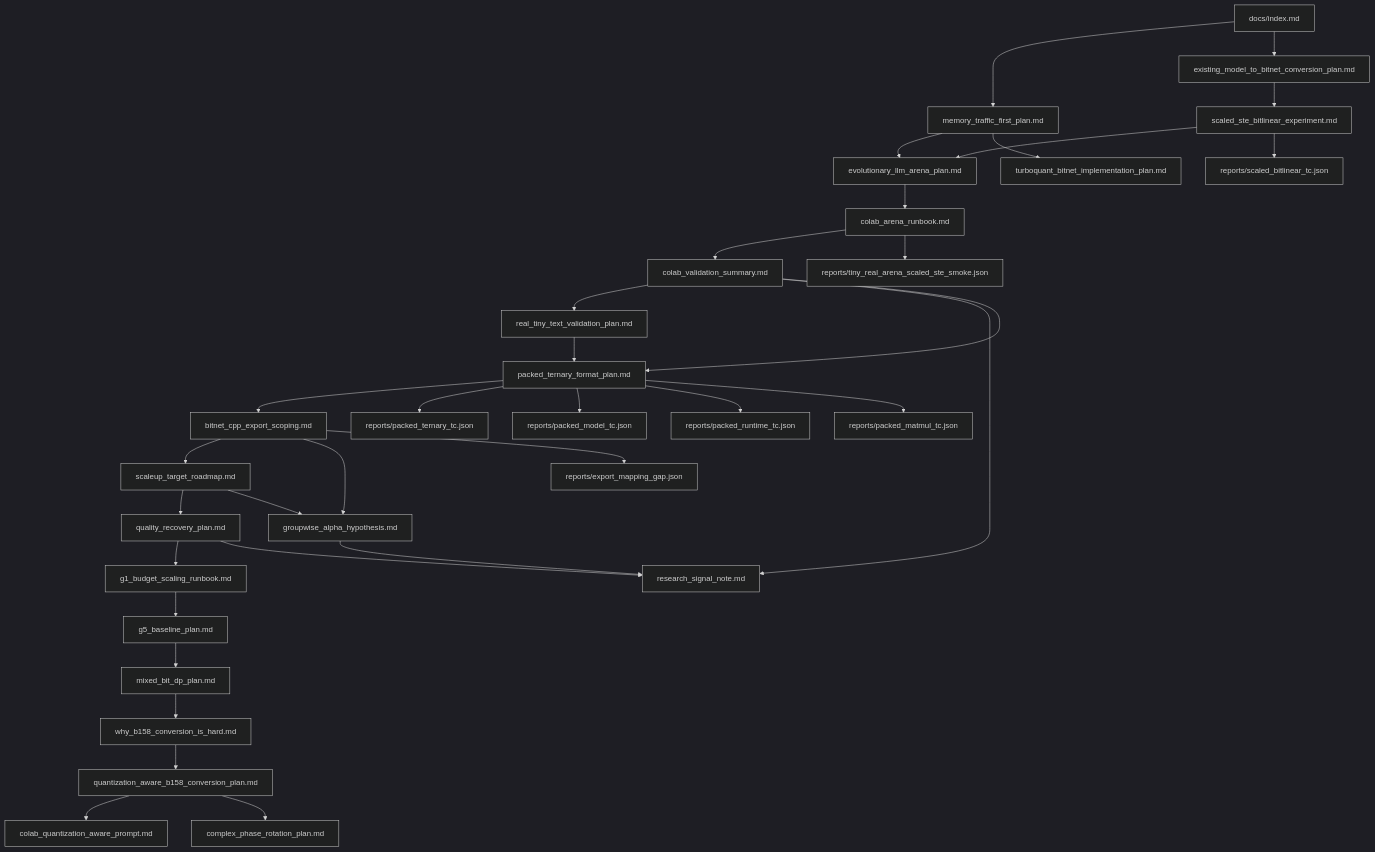
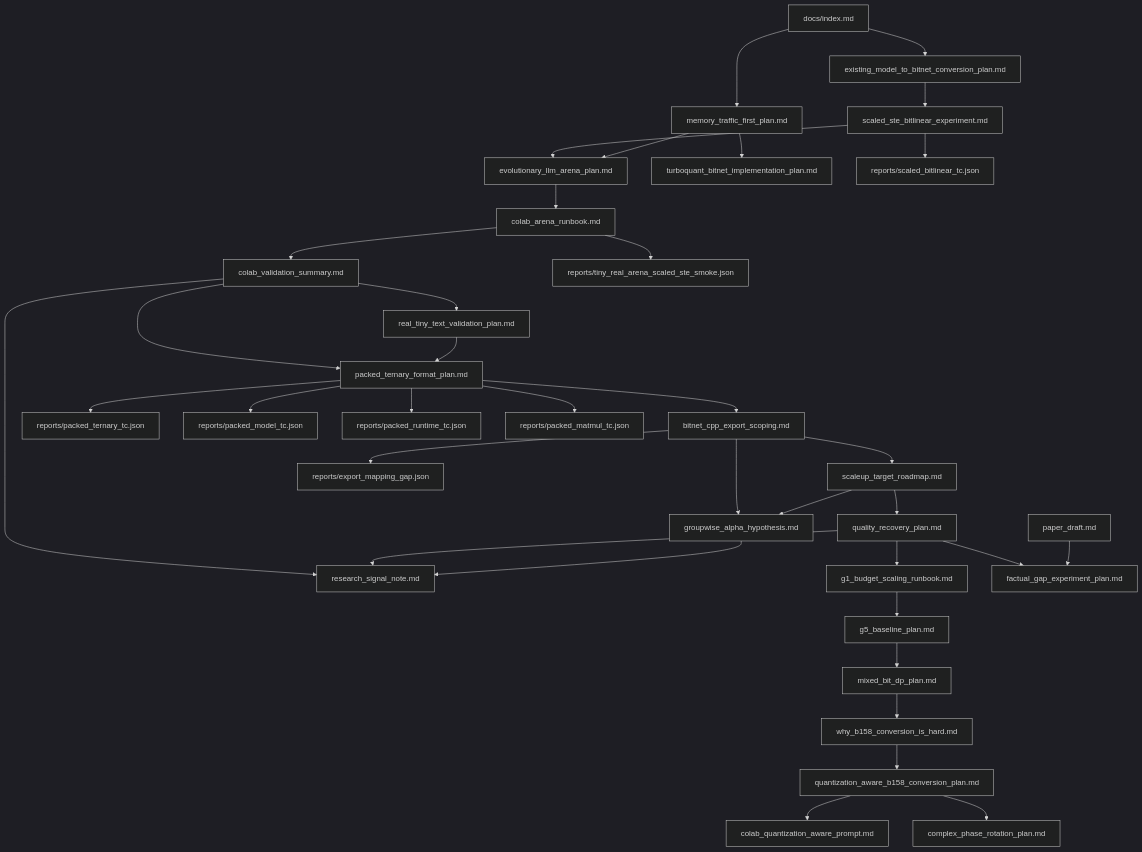
The diagram in docs/index.md (gtpk/BitNet-Transformers), drawn with Mermaid (dark theme) before and after one commit. The commit also changed other lines of this file and 5 other files, not shown here.

Commit message:
Plan factual gap evaluation and phase-rotation candidate

````diff
--- a/docs/index.md
+++ b/docs/index.md
@@ -230,36 +232,38 @@
 ```mermaid
 flowchart TD
   A["docs/index.md"] --> B["memory_traffic_first_plan.md"]
   A --> C["existing_model_to_bitnet_conversion_plan.md"]
   C --> D["scaled_ste_bitlinear_experiment.md"]
   D --> E["evolutionary_llm_arena_plan.md"]
   E --> F["colab_arena_runbook.md"]
   F --> J["colab_validation_summary.md"]
   J --> K["real_tiny_text_validation_plan.md"]
   J --> L["research_signal_note.md"]
   J --> M["packed_ternary_format_plan.md"]
   K --> M["packed_ternary_format_plan.md"]
   M --> R["bitnet_cpp_export_scoping.md"]
   R --> U["scaleup_target_roadmap.md"]
   U --> V["quality_recovery_plan.md"]
   V --> W["g1_budget_scaling_runbook.md"]
   W --> X["g5_baseline_plan.md"]
   X --> Y["mixed_bit_dp_plan.md"]
   Y --> Z["why_b158_conversion_is_hard.md"]
   Z --> QA["quantization_aware_b158_conversion_plan.md"]
   QA --> QP["colab_quantization_aware_prompt.md"]
   QA --> PR["complex_phase_rotation_plan.md"]
+  V --> FG["factual_gap_experiment_plan.md"]
+  PD["paper_draft.md"] --> FG
   R --> T["groupwise_alpha_hypothesis.md"]
   U --> T
   V --> L
   T --> L
   B --> E
   B --> G["turboquant_bitnet_implementation_plan.md"]
   F --> H["reports/tiny_real_arena_scaled_ste_smoke.json"]
   D --> I["reports/scaled_bitlinear_tc.json"]
   M --> N["reports/packed_ternary_tc.json"]
   M --> O["reports/packed_model_tc.json"]
   M --> P["reports/packed_runtime_tc.json"]
   M --> Q["reports/packed_matmul_tc.json"]
   R --> S["reports/export_mapping_gap.json"]
 ```
````
